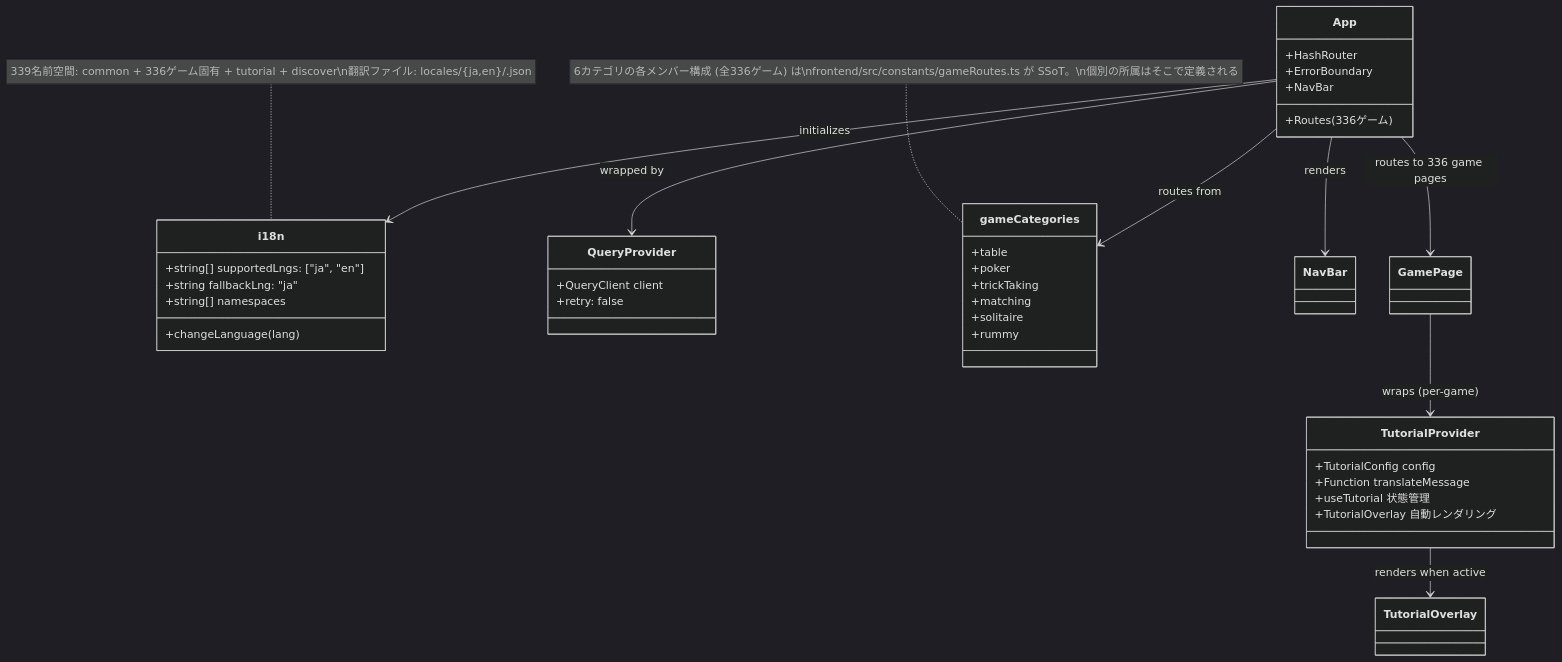
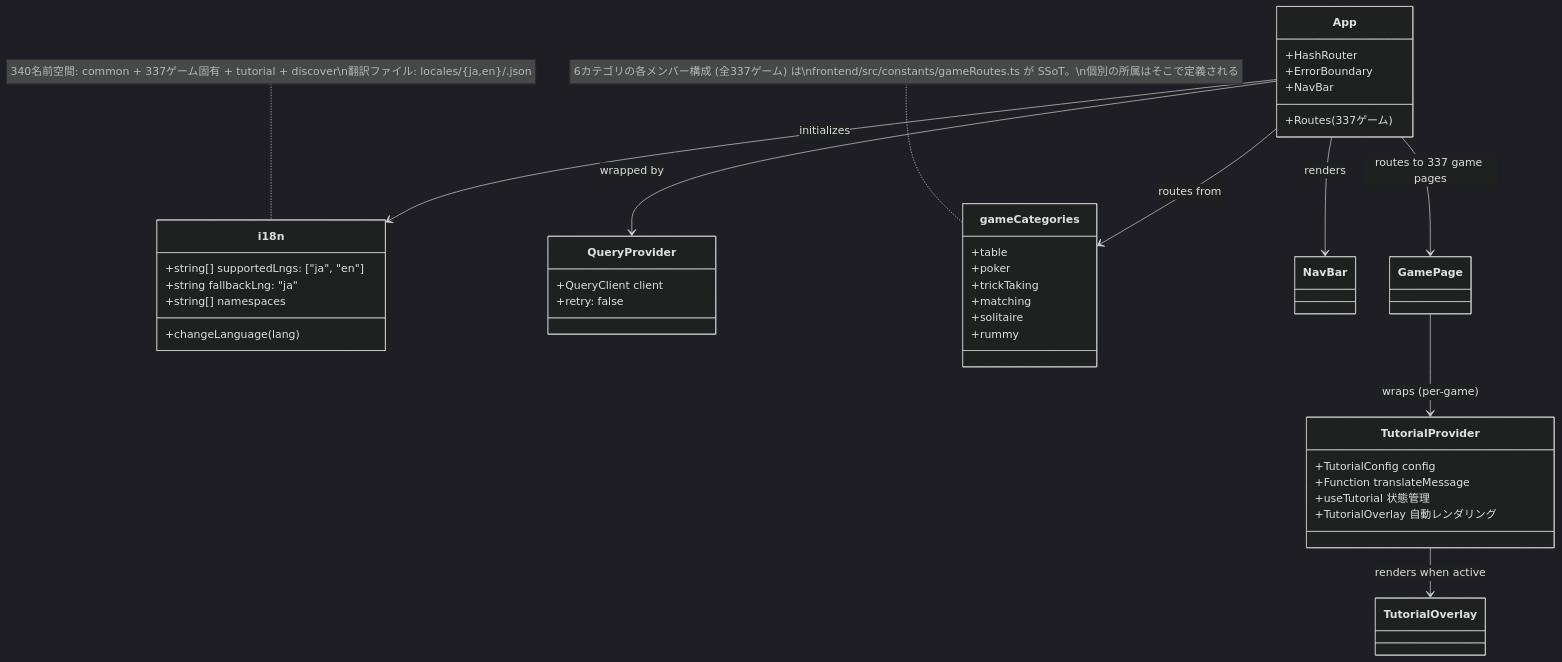
The ninth of 49 diagrams in docs/design/frontend.md (yuta-yoshinaga/go_trumpcards), drawn with Mermaid (dark theme) before and after one commit. The commit also changed other lines of this file and 63 other files, not shown here.

````diff
--- a/docs/design/frontend.md
+++ b/docs/design/frontend.md
@@ -1874,48 +1874,48 @@
 ```mermaid
 classDiagram
     class i18n {
         +string[] supportedLngs: ["ja", "en"]
         +string fallbackLng: "ja"
         +string[] namespaces
         +changeLanguage(lang)
     }
 
     class QueryProvider {
         +QueryClient client
         +retry: false
     }
 
     class App {
         +HashRouter
         +ErrorBoundary
         +NavBar
-        +Routes (336ゲーム)
+        +Routes (337ゲーム)
     }
 
     class gameCategories {
         +table
         +poker
         +trickTaking
         +matching
         +solitaire
         +rummy
     }
-    note for gameCategories "6カテゴリの各メンバー構成 (全336ゲーム) は\nfrontend/src/constants/gameRoutes.ts が SSoT。\n個別の所属はそこで定義される"
+    note for gameCategories "6カテゴリの各メンバー構成 (全337ゲーム) は\nfrontend/src/constants/gameRoutes.ts が SSoT。\n個別の所属はそこで定義される"
 
     class TutorialProvider {
         +TutorialConfig config
         +Function translateMessage
         +useTutorial 状態管理
         +TutorialOverlay 自動レンダリング
     }
 
     App --> QueryProvider : wrapped by
     App --> i18n : initializes
     App --> gameCategories : routes from
     App --> NavBar : renders
-    App --> GamePage : routes to 336 game pages
+    App --> GamePage : routes to 337 game pages
     GamePage --> TutorialProvider : wraps (per-game)
     TutorialProvider --> TutorialOverlay : renders when active
 
-    note for i18n "339名前空間: common + 336ゲーム固有 + tutorial + discover\n翻訳ファイル: locales/{ja,en}/<game>.json"
+    note for i18n "340名前空間: common + 337ゲーム固有 + tutorial + discover\n翻訳ファイル: locales/{ja,en}/<game>.json"
 ```
````
